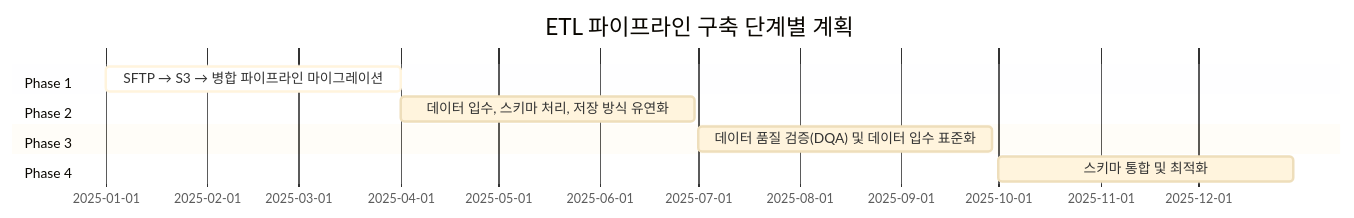
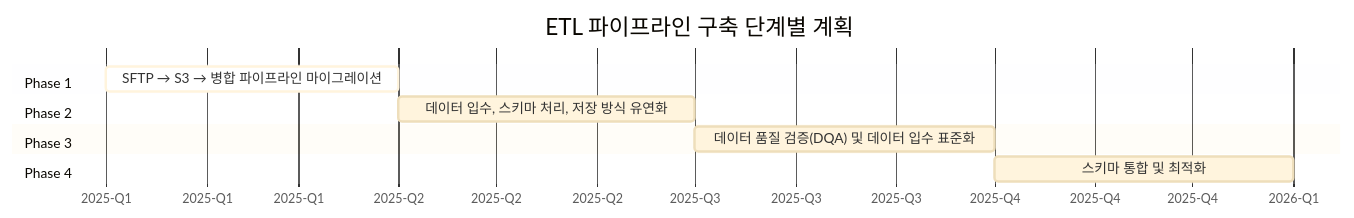
One commit to yeokyeong-yoon/yeokyeong-yoon.github.io changed the first of 11 diagrams in _posts/2025-03-18-etl-pipeline.md. Above: the diagram before and after it, drawn with Mermaid. The commit also changed other lines of this file, not shown here.

Commit message:
docs: Update Gantt chart to use quarterly format for better readability

````diff
--- a/_posts/2025-03-18-etl-pipeline.md
+++ b/_posts/2025-03-18-etl-pipeline.md
@@ -80,14 +80,16 @@
 ```mermaid
 %%{init: {'theme': 'base', 'themeVariables': { 'fontSize': '16px'}}}%%
 gantt
     title ETL 파이프라인 구축 단계별 계획
-    dateFormat  YYYY-MM-DD
+    dateFormat YYYY-Q
+    axisFormat %Y-Q%q
+
     section Phase 1
-    SFTP → S3 → 병합 파이프라인 마이그레이션    :active, 2025-01-01, 90d
+    SFTP → S3 → 병합 파이프라인 마이그레이션    :active, 2025-1, 2025-2
     section Phase 2
-    데이터 입수, 스키마 처리, 저장 방식 유연화    :2025-04-01, 90d
+    데이터 입수, 스키마 처리, 저장 방식 유연화    :2025-2, 2025-3
     section Phase 3
-    데이터 품질 검증(DQA) 및 데이터 입수 표준화    :2025-07-01, 90d
+    데이터 품질 검증(DQA) 및 데이터 입수 표준화    :2025-3, 2025-4
     section Phase 4
-    스키마 통합 및 최적화    :2025-10-01, 90d
+    스키마 통합 및 최적화    :2025-4, 2026-1
 ```
````
